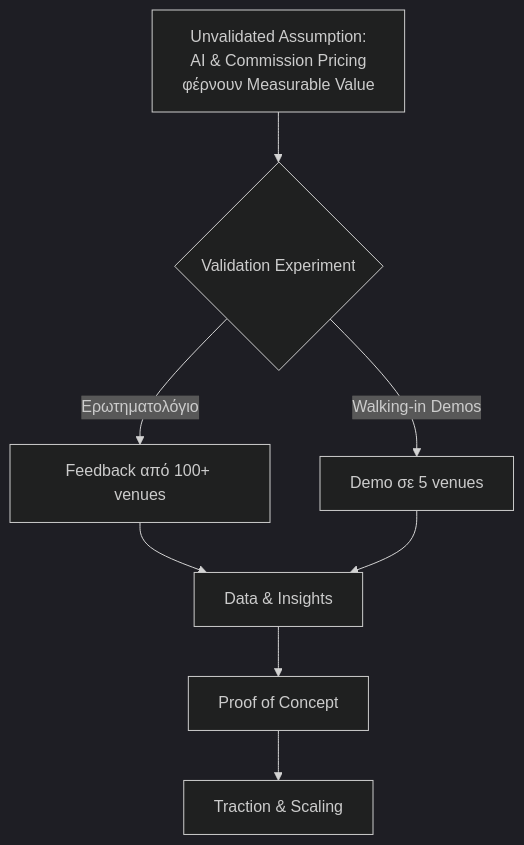
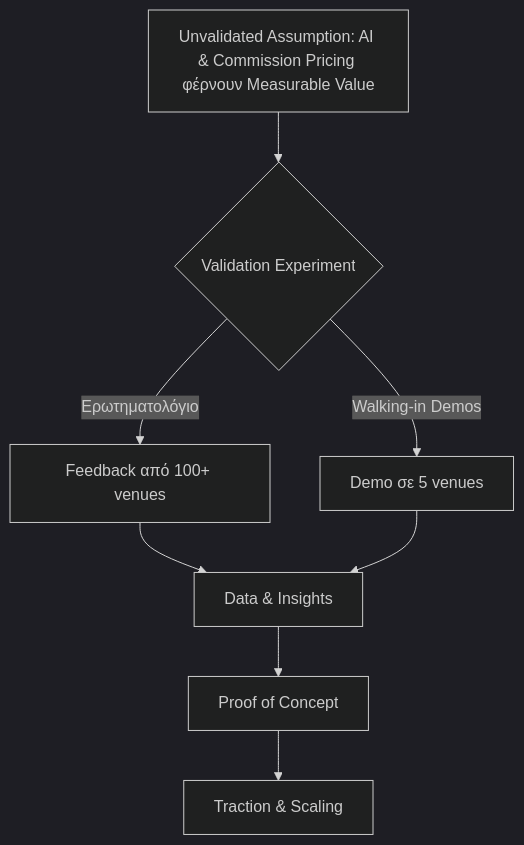
Before and after one commit to dolly450/orderly_docs: the first of 2 diagrams in business/market_strategy.md, drawn with Mermaid (dark theme). The commit also changed other lines of this file and 2 other files, not shown here.

Commit message:
vault backup: 2026-04-08 20:39:37

````diff
--- a/business/market_strategy.md
+++ b/business/market_strategy.md
@@ -20,10 +19,10 @@
 ```mermaid
 flowchart TD
-    A[Unvalidated Assumption:\nAI & Commission Pricing\nφέρνουν Measurable Value] --> B{Validation Experiment}
+    A[Unvalidated Assumption: AI & Commission Pricing φέρνουν Measurable Value] --> B{Validation Experiment}
     B -->|Ερωτηματολόγιο| C[Feedback από 100+ venues]
     B -->|Walking-in Demos| D[Demo σε 5 venues]
     C --> E[Data & Insights]
     D --> E
     E --> F[Proof of Concept]
     F --> G[Traction & Scaling]
 ```
````
